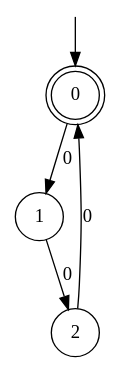
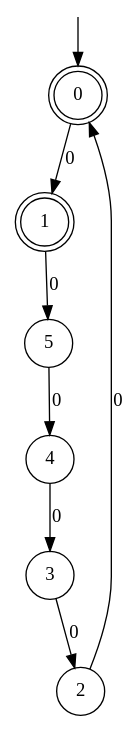
One commit to rasofema/learnlib changed the diagram in algorithms/incremental/ikv/incremental.dot. Above: the diagram before and after it, drawn with Graphviz. The commit also changed 6 other files, not shown here.

```diff
--- a/algorithms/incremental/ikv/incremental.dot
+++ b/algorithms/incremental/ikv/incremental.dot
@@ -1,13 +1,19 @@
 digraph g {
 
 	s0 [shape="doublecircle" label="0"];
-	s1 [shape="circle" label="1"];
+	s1 [shape="doublecircle" label="1"];
 	s2 [shape="circle" label="2"];
+	s3 [shape="circle" label="3"];
+	s4 [shape="circle" label="4"];
+	s5 [shape="circle" label="5"];
 	s0 -> s1 [label="0"];
-	s1 -> s2 [label="0"];
+	s1 -> s5 [label="0"];
 	s2 -> s0 [label="0"];
+	s3 -> s2 [label="0"];
+	s4 -> s3 [label="0"];
+	s5 -> s4 [label="0"];
 
 __start0 [label="" shape="none" width="0" height="0"];
 __start0 -> s0;
 
 }
```
